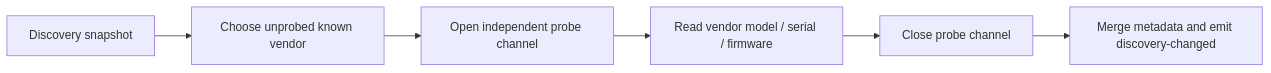
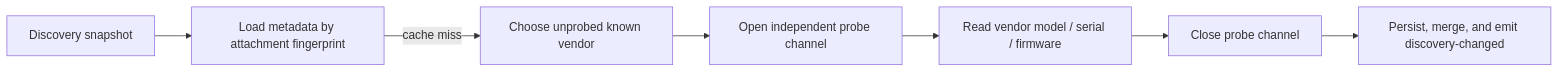
Before and after one commit to go-ctap/kit: the fourth of 4 diagrams in docs/current-runtime-flows.md, drawn with Mermaid. The commit also changed other lines of this file and 29 other files, not shown here.

````diff
--- a/docs/current-runtime-flows.md
+++ b/docs/current-runtime-flows.md
@@ -118,8 +119,9 @@
 ```mermaid
 flowchart LR
-  A["Discovery snapshot"] --> B["Choose unprobed known vendor"]
-  B --> C["Open independent probe channel"]
-  C --> D["Read vendor model / serial / firmware"]
-  D --> E["Close probe channel"]
-  E --> F["Merge metadata and emit discovery-changed"]
+  A["Discovery snapshot"] --> B["Load metadata by attachment fingerprint"]
+  B -->|cache miss| C["Choose unprobed known vendor"]
+  C --> D["Open independent probe channel"]
+  D --> E["Read vendor model / serial / firmware"]
+  E --> F["Close probe channel"]
+  F --> G["Persist, merge, and emit discovery-changed"]
 ```
````
